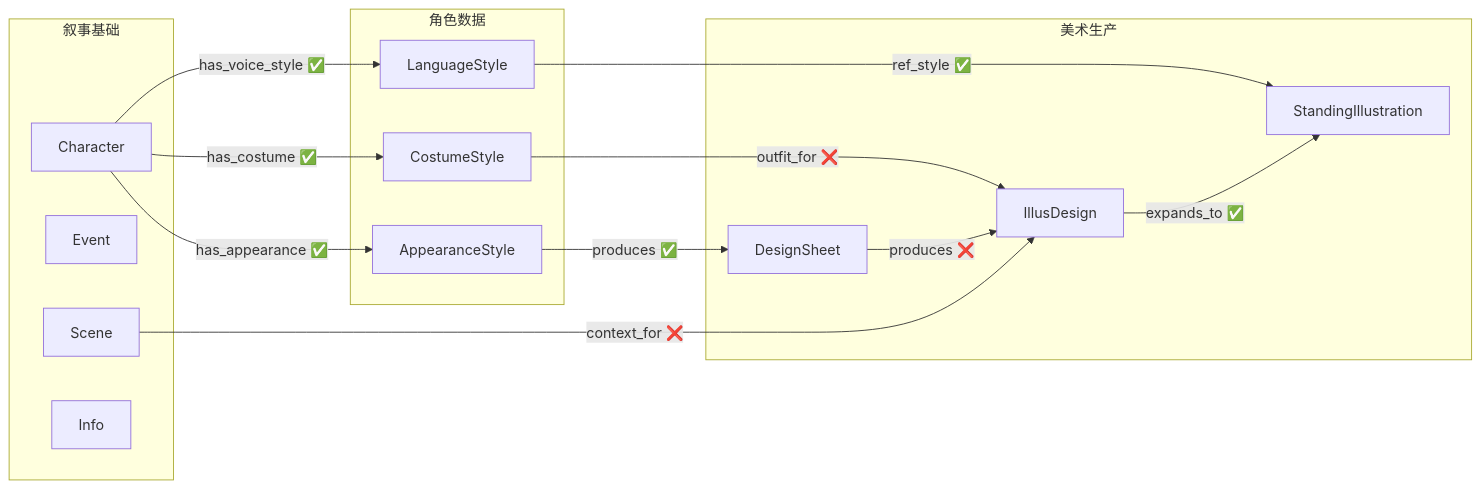
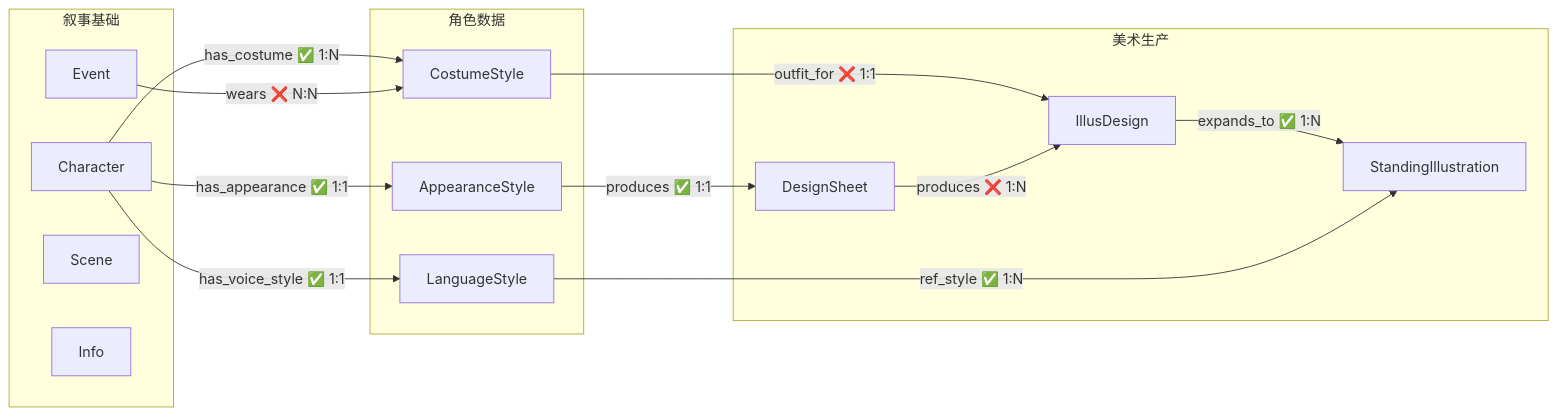
One commit to CrazyJinn/OtheredGlass changed the diagram in 00_init/Schema总览.md. Above: the diagram before and after it, drawn with Mermaid. The commit also changed other lines of this file and 41 other files, not shown here.

First line of the commit message:
feat: 新增 skills/agents 体系，重构 Schema，新增 char_007 美术，清理旧文件

````diff
--- a/00_init/Schema总览.md
+++ b/00_init/Schema总览.md
@@ -77,31 +70,31 @@
 ```mermaid
 flowchart LR
     subgraph 叙事["叙事基础"]
         Character["Character"]
         Event["Event"]
         Scene["Scene"]
         Info["Info"]
     end
 
     subgraph 角色数据["角色数据"]
         Appearance["AppearanceStyle"]
         Costume["CostumeStyle"]
         Language["LanguageStyle"]
     end
 
     subgraph 美术生产["美术生产"]
         DesignSheet["DesignSheet"]
         IllusDesign["IllusDesign"]
         StandingIllus["StandingIllustration"]
     end
 
-    Character -->|"has_appearance ✅"| Appearance
-    Character -->|"has_costume ✅"| Costume
-    Character -->|"has_voice_style ✅"| Language
-    Appearance -->|"produces ✅"| DesignSheet
-    Costume -->|"outfit_for ❌"| IllusDesign
-    DesignSheet -->|"produces ❌"| IllusDesign
-    Scene -->|"context_for ❌"| IllusDesign
-    IllusDesign -->|"expands_to ✅"| StandingIllus
-    Language -->|"ref_style ✅"| StandingIllus
+    Character -->|"has_appearance ✅ 1:1"| Appearance
+    Character -->|"has_costume ✅ 1:N"| Costume
+    Character -->|"has_voice_style ✅ 1:1"| Language
+    Appearance -->|"produces ✅ 1:1"| DesignSheet
+    Costume -->|"outfit_for ❌ 1:1"| IllusDesign
+    DesignSheet -->|"produces ❌ 1:N"| IllusDesign
+    Event -->|"wears ❌ N:N"| Costume
+    IllusDesign -->|"expands_to ✅ 1:N"| StandingIllus
+    Language -->|"ref_style ✅ 1:N"| StandingIllus
 ```
````
